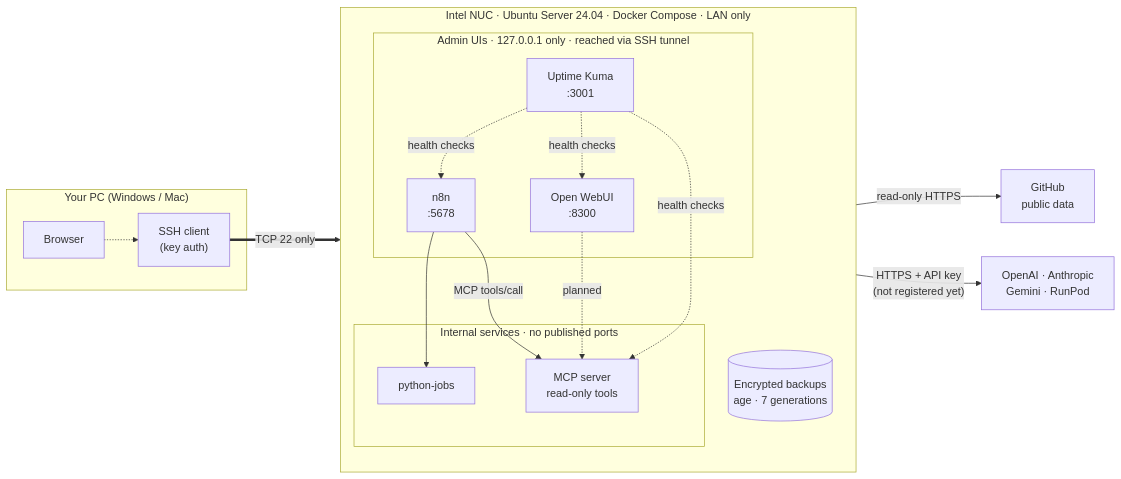
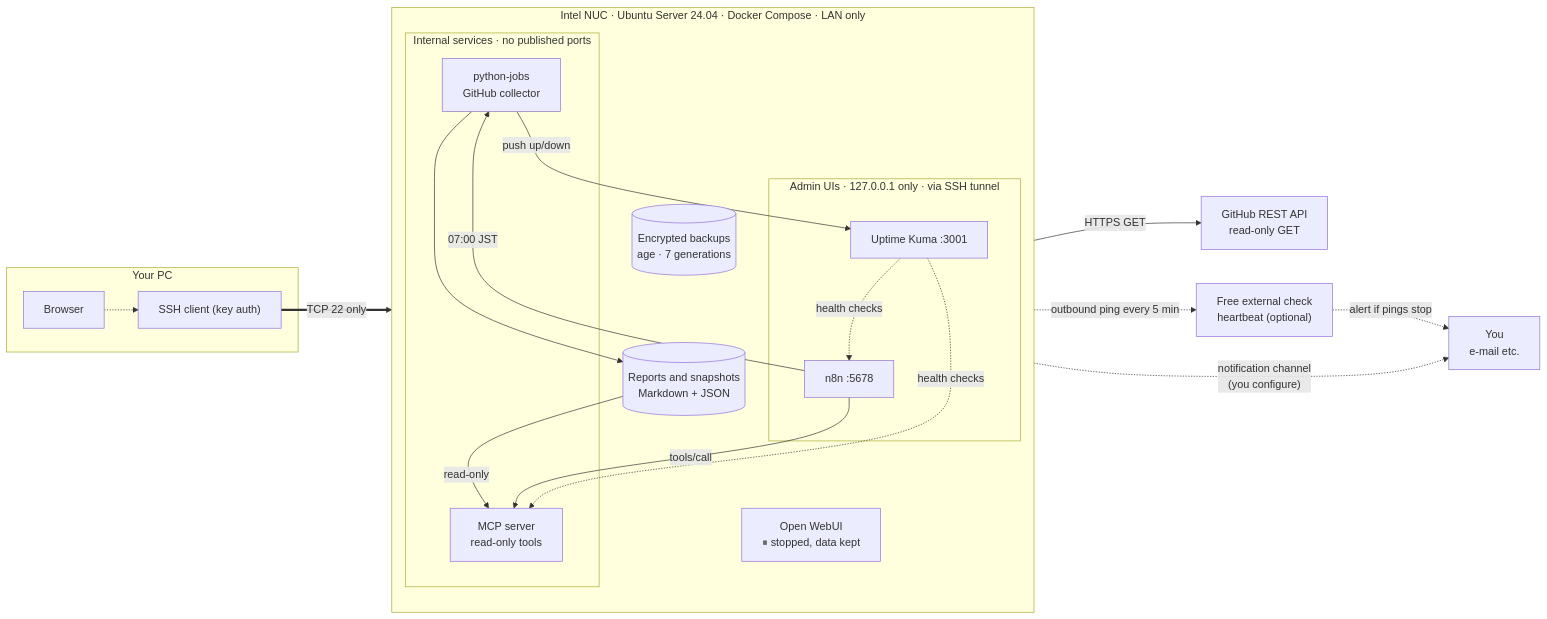
Before and after one commit to moruku36/home-ai-engineering-lab: the diagram in README.md, drawn with Mermaid. The commit also changed other lines of this file and 32 other files, not shown here.

First line of the commit message:
feat: GitHub monitoring, daily report, alerts, ops runbook (zero extra cost)

````diff
--- a/README.md
+++ b/README.md
@@ -34,32 +33,41 @@
 ```mermaid
 flowchart LR
-  subgraph PC["Your PC (Windows / Mac)"]
+  subgraph PC["Your PC"]
     BR["Browser"]
-    SSH["SSH client<br/>(key auth)"]
+    SSH["SSH client (key auth)"]
   end
 
   subgraph NUC["Intel NUC · Ubuntu Server 24.04 · Docker Compose · LAN only"]
     direction TB
-    subgraph UI["Admin UIs · 127.0.0.1 only · reached via SSH tunnel"]
-      KUMA["Uptime Kuma<br/>:3001"]
-      N8N["n8n<br/>:5678"]
-      OWUI["Open WebUI<br/>:8300"]
+    subgraph UI["Admin UIs · 127.0.0.1 only · via SSH tunnel"]
+      KUMA["Uptime Kuma :3001"]
+      N8N["n8n :5678"]
     end
     subgraph INT["Internal services · no published ports"]
-      PJ["python-jobs"]
+      PJ["python-jobs<br/>GitHub collector"]
       MCP["MCP server<br/>read-only tools"]
     end
+    RPT[("Reports and snapshots<br/>Markdown + JSON")]
     BK[("Encrypted backups<br/>age · 7 generations")]
+    OWUI["Open WebUI<br/>⏸ stopped, data kept"]
   end
+
+  GH["GitHub REST API<br/>read-only GET"]
+  HC["Free external check<br/>heartbeat (optional)"]
+  YOU["You<br/>e-mail etc."]
 
   BR -.-> SSH
   SSH ==>|"TCP 22 only"| NUC
-  N8N --> PJ
-  N8N -->|"MCP tools/call"| MCP
-  OWUI -.->|"planned"| MCP
+  N8N -->|"07:00 JST"| PJ
+  PJ -->|"HTTPS GET"| GH
+  PJ --> RPT
+  RPT -->|"read-only"| MCP
+  N8N -->|"tools/call"| MCP
+  PJ -->|"push up/down"| KUMA
   KUMA -.->|"health checks"| N8N
-  KUMA -.->|"health checks"| OWUI
   KUMA -.->|"health checks"| MCP
-  PJ -->|"read-only HTTPS"| GH["GitHub<br/>public data"]
-  OWUI -->|"HTTPS + API key<br/>(not registered yet)"| LLM["OpenAI · Anthropic<br/>Gemini · RunPod"]
+  KUMA -.->|"notification channel<br/>(you configure)"| YOU
+  NUC -.->|"outbound ping every 5 min"| HC
+  HC -.->|"alert if pings stop"| YOU
+  NUC -.-> BK
 ```
````
